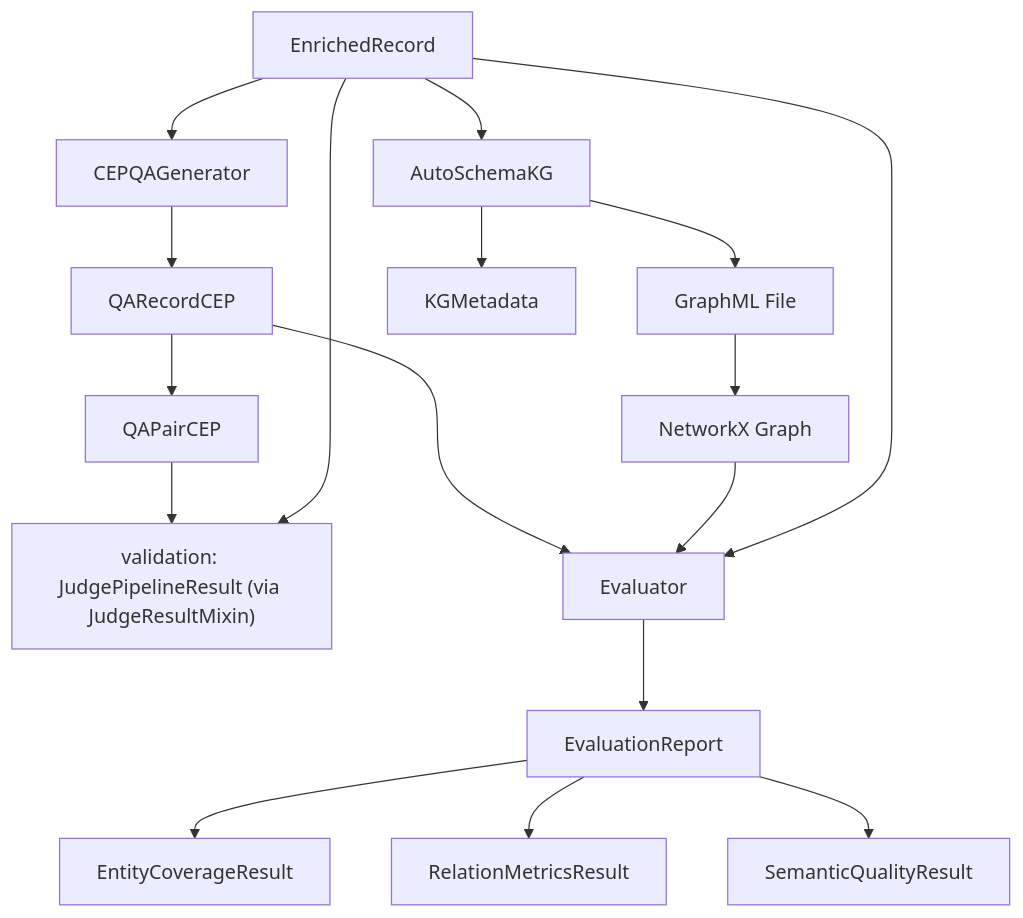
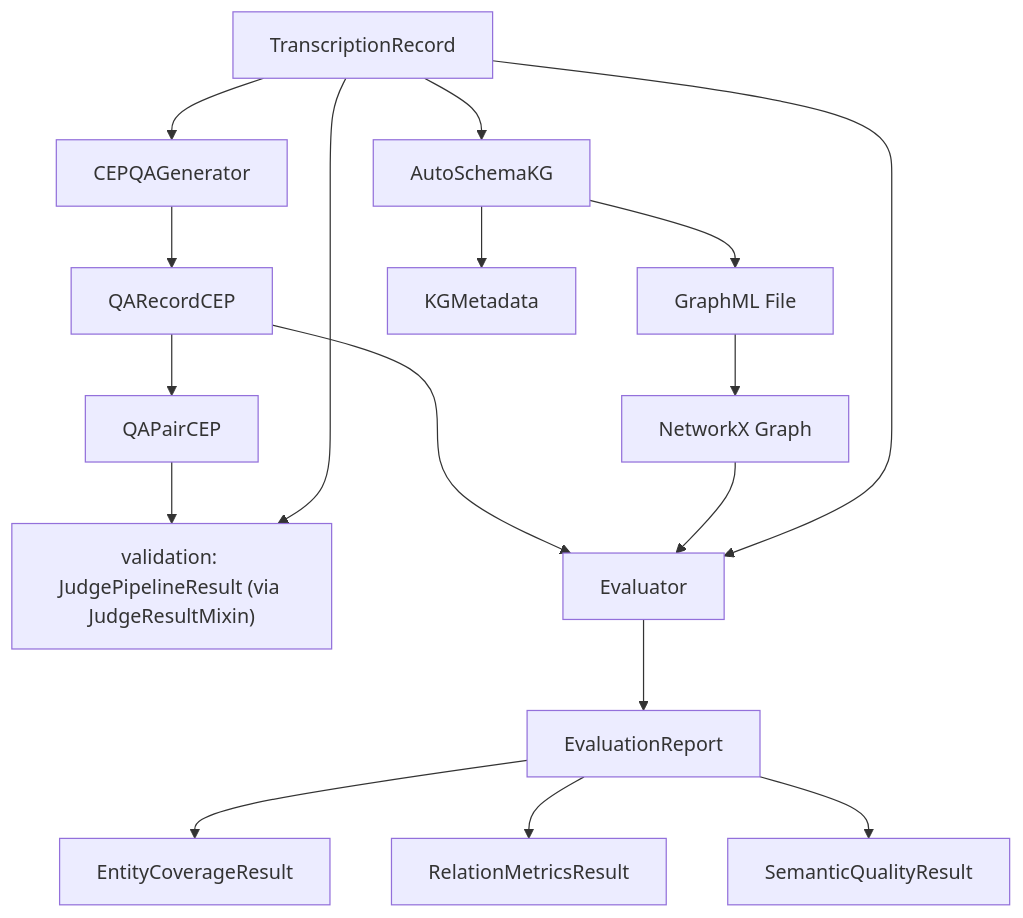
Before and after one commit to FredDsR/arandu: the diagram in docs/development/schemas.md, drawn with Mermaid. The commit also changed other lines of this file and 56 other files, not shown here.

````diff
--- a/docs/development/schemas.md
+++ b/docs/development/schemas.md
@@ -1324,22 +1326,22 @@
 ```mermaid
 graph TD
-    A[EnrichedRecord] --> P[CEPQAGenerator]
+    A[TranscriptionRecord] --> P[CEPQAGenerator]
     P --> Q[QARecordCEP]
     Q --> R[QAPairCEP]
     R --> S["validation: JudgePipelineResult (via JudgeResultMixin)"]
     A --> S
 
     A --> E[AutoSchemaKG]
     E --> F[GraphML File]
     E --> G[KGMetadata]
 
     F --> H[NetworkX Graph]
 
     Q --> I[Evaluator]
     H --> I
     A --> I
     I --> J[EvaluationReport]
     J --> K[EntityCoverageResult]
     J --> L[RelationMetricsResult]
     J --> M[SemanticQualityResult]
 ```
````
